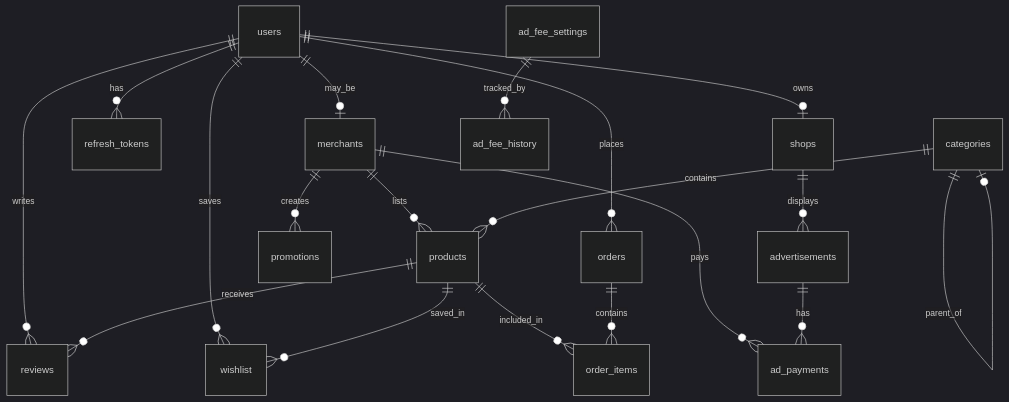
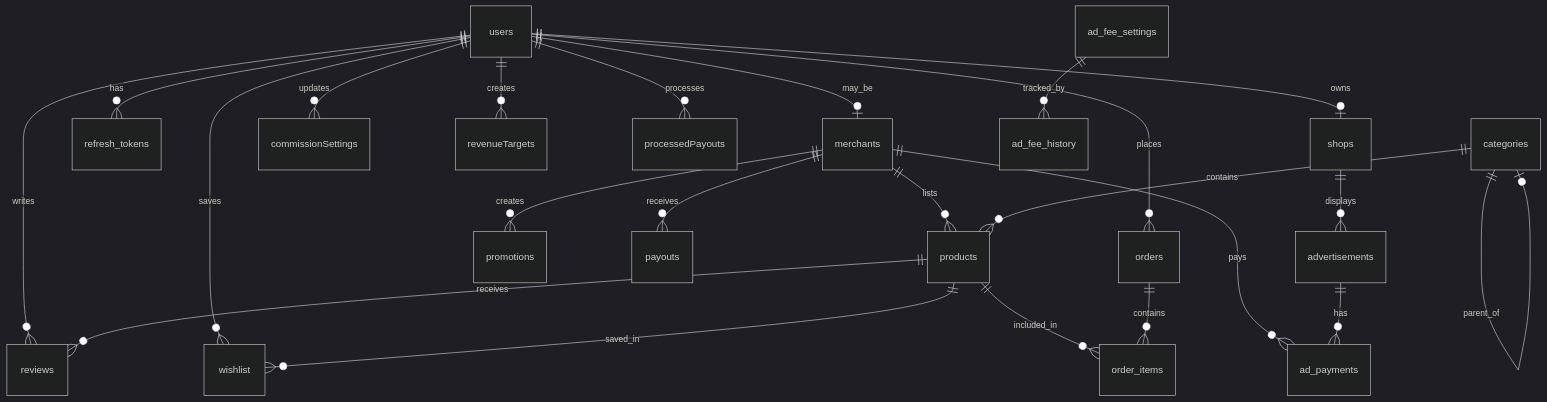
One commit to khaingthinthinwin-dev/skin-analysis changed the third of 3 diagrams in docs/core-work/データベース設計書_DATABASE_SPEC.md. Above: the diagram before and after it, drawn with Mermaid (dark theme). The commit also changed other lines of this file and 4 other files, not shown here.

````diff
--- a/docs/core-work/データベース設計書_DATABASE_SPEC.md
+++ b/docs/core-work/データベース設計書_DATABASE_SPEC.md
@@ -1173,21 +1321,25 @@
 ```mermaid
 erDiagram
     users ||--o| merchants : "may_be"
     users ||--o{ reviews : "writes"
     users ||--o{ wishlist : "saves"
     users ||--o{ orders : "places"
     users ||--o{ refresh_tokens : "has"
     users ||--o| shops : "owns"
+    users ||--o{ commissionSettings : "updates"
+    users ||--o{ revenueTargets : "creates"
+    users ||--o{ processedPayouts : "processes"
     merchants ||--o{ products : "lists"
     merchants ||--o{ promotions : "creates"
     merchants ||--o{ ad_payments : "pays"
+    merchants ||--o{ payouts : "receives"
     categories ||--o{ products : "contains"
     categories ||--o| categories : "parent_of"
     products ||--o{ reviews : "receives"
     products ||--o{ wishlist : "saved_in"
     products ||--o{ order_items : "included_in"
     orders ||--o{ order_items : "contains"
     shops ||--o{ advertisements : "displays"
     advertisements ||--o{ ad_payments : "has"
     ad_fee_settings ||--o{ ad_fee_history : "tracked_by"
 ```
````
